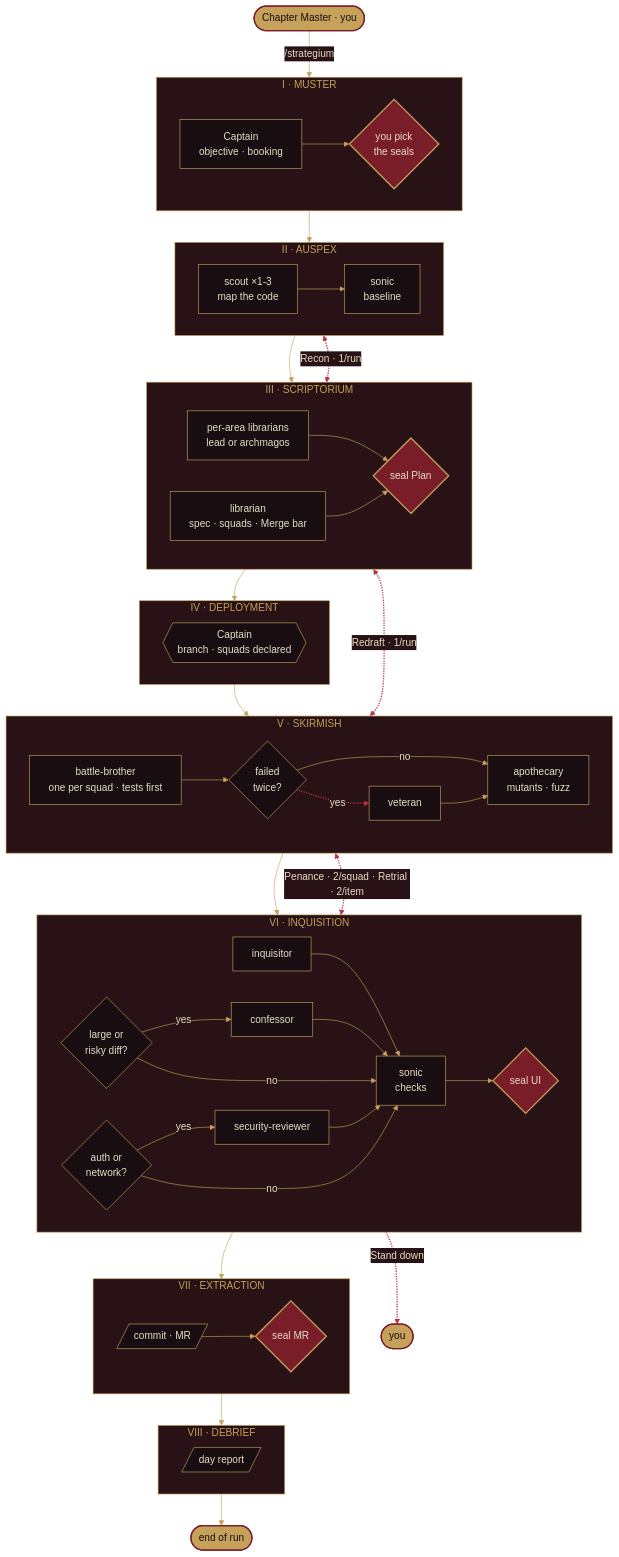
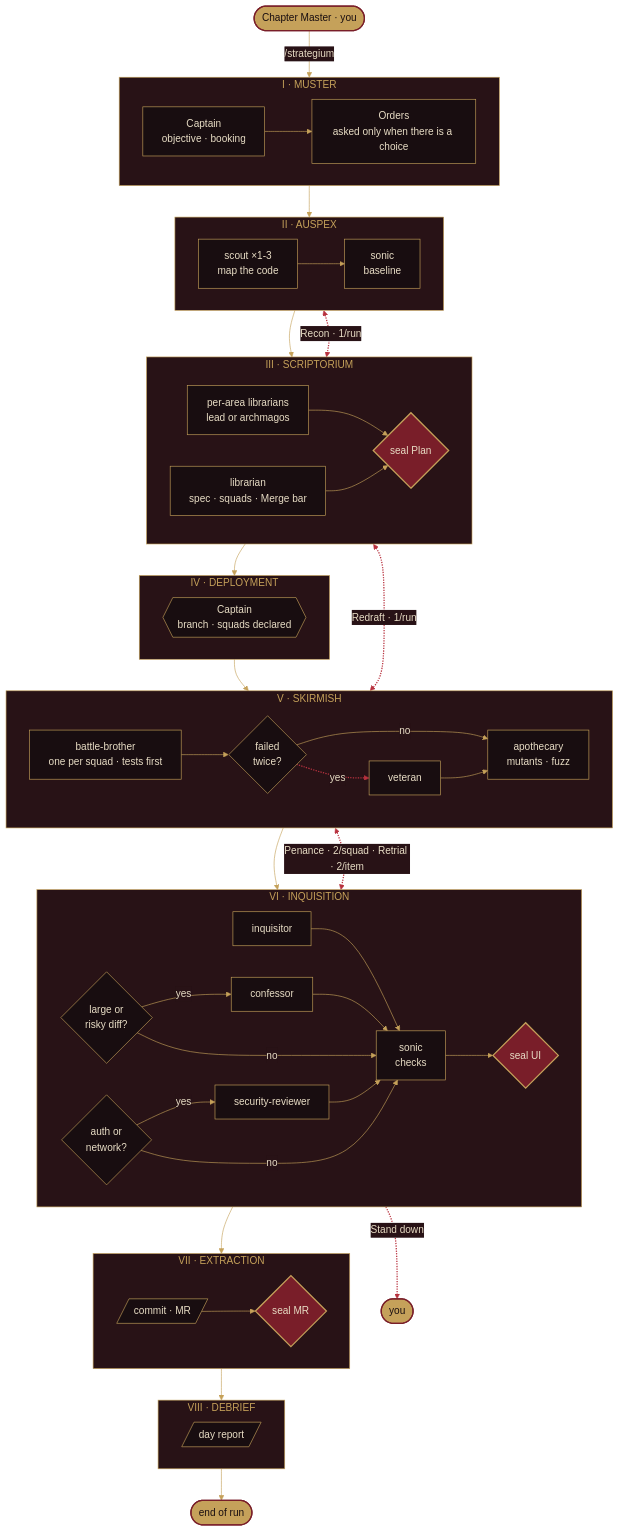
One commit to frandev94/strategium changed the diagram in README.md. Above: the diagram before and after it, drawn with Mermaid. The commit also changed other lines of this file and 5 other files, not shown here.

First line of the commit message:
feat(skills): Orders replaces the Seals pseudo-seal

````diff
--- a/README.md
+++ b/README.md
@@ -46,66 +46,66 @@
 ```mermaid
 %%{init: {"theme": "base", "themeVariables": {"lineColor": "#C5A15A", "edgeLabelBackground": "#281216", "textColor": "#E8DDC5", "fontFamily": "Georgia, serif"}}}%%
 flowchart TB
   U(["Chapter Master · you"]) -->|"/strategium"| muster
 
   subgraph muster["I · MUSTER"]
     direction LR
-    M["Captain<br/>objective · booking"] --> S0{"you pick<br/>the seals"}
+    M["Captain<br/>objective · booking"] --> S0["Orders<br/>asked only when there is a choice"]
   end
   subgraph auspex["II · AUSPEX"]
     direction LR
     A1["scout ×1-3<br/>map the code"] --> A2["sonic<br/>baseline"]
   end
   subgraph scriptorium["III · SCRIPTORIUM"]
     direction LR
     L2["per-area librarians<br/>lead or archmagos"] --> SP{"seal Plan"}
     L1["librarian<br/>spec · squads · Merge bar"] --> SP
   end
   subgraph deployment["IV · DEPLOYMENT"]
     direction LR
     D{{"Captain<br/>branch · squads declared"}}
   end
   subgraph skirmish["V · SKIRMISH"]
     direction LR
     B1["battle-brother<br/>one per squad · tests first"] --> BF{"failed<br/>twice?"}
     BF -->|"no"| B3["apothecary<br/>mutants · fuzz"]
     BF -.->|"yes"| B2["veteran"] --> B3
   end
   subgraph inquisition["VI · INQUISITION"]
     direction LR
     Q1["inquisitor"] --> Q4["sonic<br/>checks"]
     QF{"large or<br/>risky diff?"} -->|"yes"| Q2["confessor"] --> Q4
     QF -->|"no"| Q4
     QS{"auth or<br/>network?"} -->|"yes"| Q3["security-reviewer"] --> Q4
     QS -->|"no"| Q4
     Q4 --> SU{"seal UI"}
   end
   subgraph extraction["VII · EXTRACTION"]
     direction LR
     X[/"commit · MR"/] --> SM{"seal MR"}
   end
   subgraph debrief["VIII · DEBRIEF"]
     direction LR
     F[/"day report"/]
   end
 
   muster --> auspex --> scriptorium --> deployment --> skirmish --> inquisition --> extraction --> debrief --> E(["end of run"])
 
   auspex <-.->|"Recon · 1/run"| scriptorium
   scriptorium <-.->|"Redraft · 1/run"| skirmish
   skirmish <-.->|"Penance · 2/squad · Retrial · 2/item"| inquisition
   inquisition -.->|"Stand down"| Y(["you"])
 
   classDef agent fill:#180D10,stroke:#C5A15A,color:#E8DDC5
   classDef seal fill:#791E29,stroke:#C5A15A,stroke-width:2px,color:#E8DDC5
   classDef you fill:#C5A15A,stroke:#791E29,stroke-width:2px,color:#180D10
   classDef station fill:#281216,stroke:#C5A15A,color:#C5A15A
-  class M,A1,A2,L1,L2,D,B1,B2,B3,Q1,Q2,Q3,Q4,X,F agent
-  class S0,SP,SU,SM seal
+  class M,S0,A1,A2,L1,L2,D,B1,B2,B3,Q1,Q2,Q3,Q4,X,F agent
+  class SP,SU,SM seal
   class BF,QF,QS agent
   class U,E,Y you
   class muster,auspex,scriptorium,deployment,skirmish,inquisition,extraction,debrief station
   linkStyle 0 stroke:#C5A15A,color:#E8DDC5
   linkStyle 6,10,12,13,15 color:#E8DDC5
   linkStyle 7,26,27,28,29 stroke:#B8323F,stroke-width:2px,color:#E8DDC5
 ```
````
